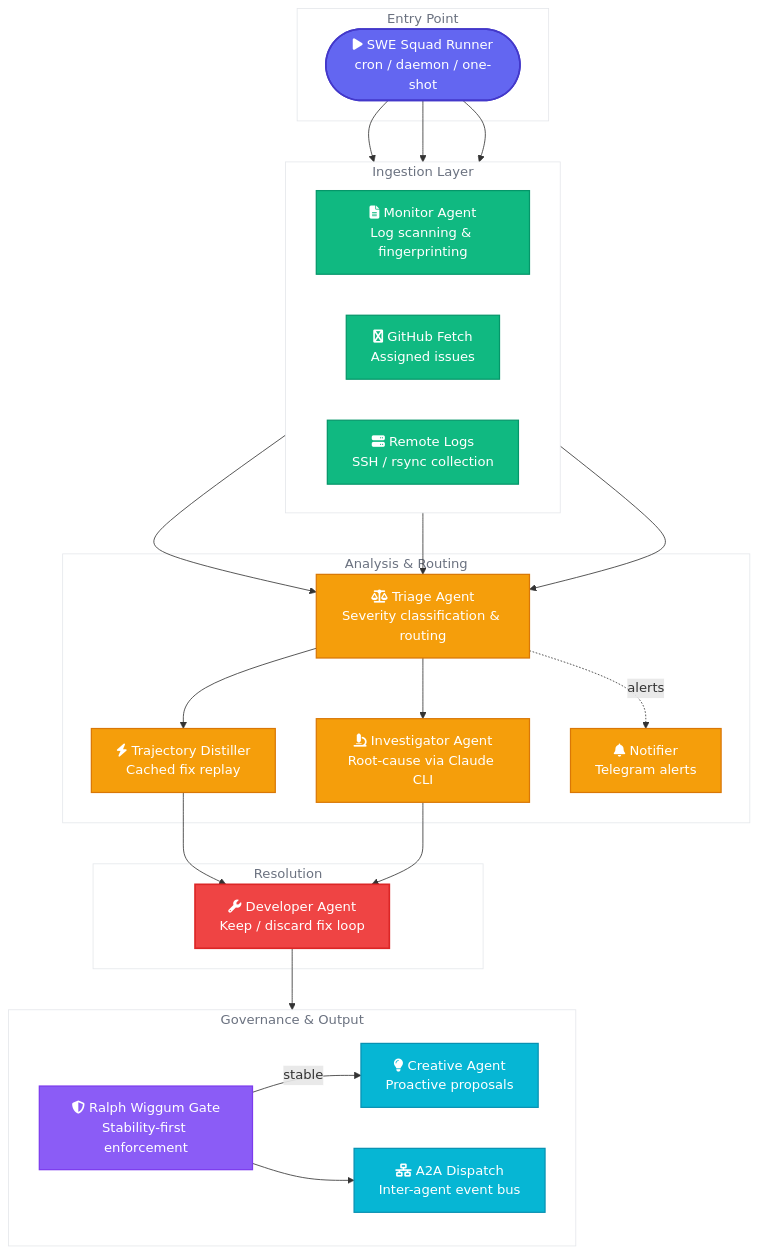
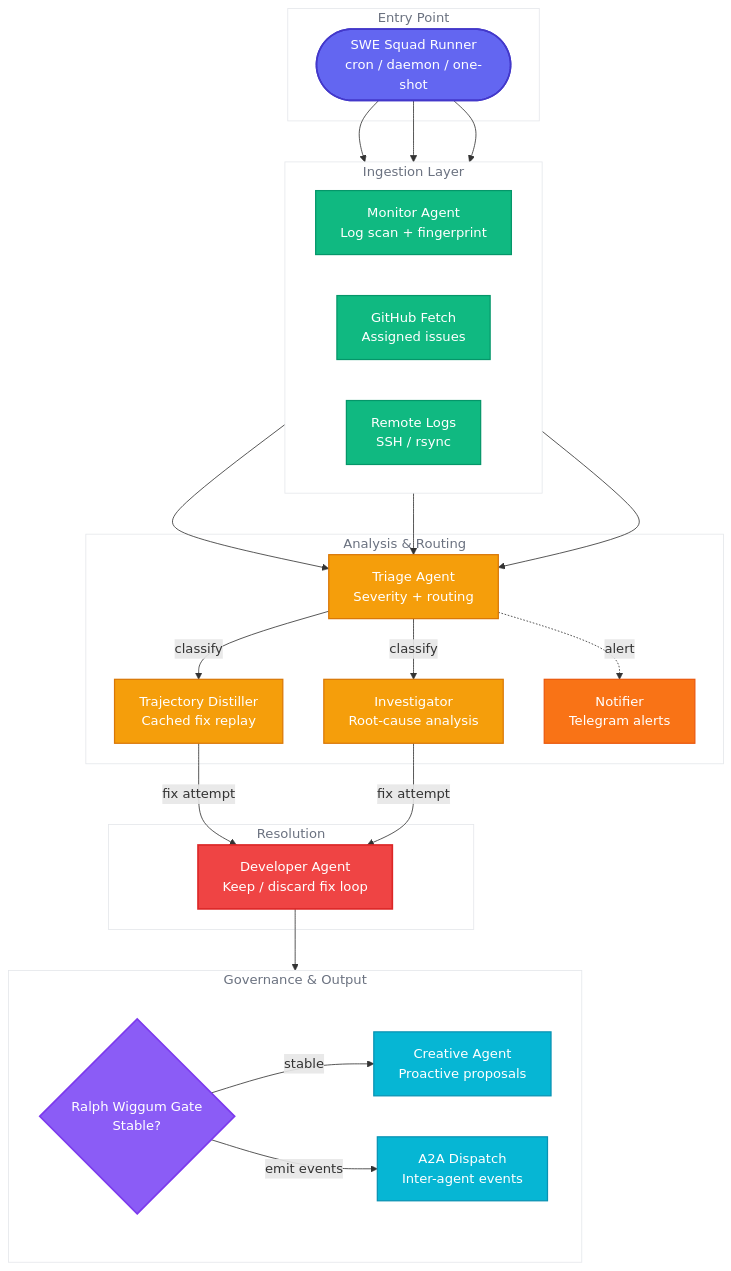
The first of 5 diagrams in README.md (ArtemisAI/SWE-Squad), drawn with Mermaid before and after one commit. The commit also changed other lines of this file and 3 other files, not shown here.

First line of the commit message:
feat(remote-logs): wire full log pipeline — YAML config, on-demand fetch, investigator integration

````diff
--- a/README.md
+++ b/README.md
@@ -57,57 +57,58 @@
 ```mermaid
 flowchart TD
-    subgraph entry ["Entry Point"]
-        Runner(["fa:fa-play SWE Squad Runner\ncron / daemon / one-shot"])
+    subgraph entry [" Entry Point "]
+        Runner(["SWE Squad Runner\ncron / daemon / one-shot"])
     end
 
-    subgraph ingest ["Ingestion Layer"]
+    subgraph ingest [" Ingestion Layer "]
         direction LR
-        Monitor["fa:fa-file-alt Monitor Agent\nLog scanning & fingerprinting"]
-        GitHub["fa:fa-github GitHub Fetch\nAssigned issues"]
-        Remote["fa:fa-server Remote Logs\nSSH / rsync collection"]
+        Monitor["Monitor Agent\nLog scan + fingerprint"]
+        GitHub["GitHub Fetch\nAssigned issues"]
+        Remote["Remote Logs\nSSH / rsync"]
     end
 
-    subgraph analysis ["Analysis & Routing"]
-        Triage["fa:fa-balance-scale Triage Agent\nSeverity classification & routing"]
-        Distiller["fa:fa-bolt Trajectory Distiller\nCached fix replay"]
-        Investigator["fa:fa-microscope Investigator Agent\nRoot-cause via Claude CLI"]
-        Notifier["fa:fa-bell Notifier\nTelegram alerts"]
+    subgraph analysis [" Analysis & Routing "]
+        Triage["Triage Agent\nSeverity + routing"]
+        Distiller["Trajectory Distiller\nCached fix replay"]
+        Investigator["Investigator\nRoot-cause analysis"]
+        Notifier["Notifier\nTelegram alerts"]
     end
 
-    subgraph resolution ["Resolution"]
-        Developer["fa:fa-wrench Developer Agent\nKeep / discard fix loop"]
+    subgraph resolution [" Resolution "]
+        Developer["Developer Agent\nKeep / discard fix loop"]
     end
 
-    subgraph governance ["Governance & Output"]
+    subgraph governance [" Governance & Output "]
         direction LR
-        Ralph["fa:fa-shield-alt Ralph Wiggum Gate\nStability-first enforcement"]
-        Creative["fa:fa-lightbulb Creative Agent\nProactive proposals"]
-        A2A["fa:fa-network-wired A2A Dispatch\nInter-agent event bus"]
+        Ralph{"Ralph Wiggum Gate\nStable?"}
+        Creative["Creative Agent\nProactive proposals"]
+        A2A["A2A Dispatch\nInter-agent events"]
     end
 
     Runner --> Monitor & GitHub & Remote
     Monitor & GitHub & Remote --> Triage
-    Triage --> Distiller & Investigator
-    Triage -.->|alerts| Notifier
-    Distiller & Investigator --> Developer
+    Triage -->|"classify"| Distiller & Investigator
+    Triage -.->|"alert"| Notifier
+    Distiller & Investigator -->|"fix attempt"| Developer
     Developer --> Ralph
     Ralph -->|"stable"| Creative
-    Ralph --> A2A
+    Ralph -->|"emit events"| A2A
 
-    classDef entryNode fill:#6366f1,stroke:#4338ca,color:#fff,stroke-width:2px
+    classDef entryNode fill:#6366f1,stroke:#4338ca,color:#fff,stroke-width:2px,rx:12
     classDef ingestNode fill:#10b981,stroke:#059669,color:#fff,stroke-width:1.5px
     classDef analysisNode fill:#f59e0b,stroke:#d97706,color:#fff,stroke-width:1.5px
     classDef resolveNode fill:#ef4444,stroke:#dc2626,color:#fff,stroke-width:2px
-    classDef gateNode fill:#8b5cf6,stroke:#7c3aed,color:#fff,stroke-width:1.5px
+    classDef gateNode fill:#8b5cf6,stroke:#7c3aed,color:#fff,stroke-width:2px
     classDef outputNode fill:#06b6d4,stroke:#0891b2,color:#fff,stroke-width:1.5px
+    classDef notifyNode fill:#f97316,stroke:#ea580c,color:#fff,stroke-width:1.5px
     classDef subgraphBox fill:transparent,stroke:#e5e7eb,stroke-width:1px,color:#6b7280
 
     class Runner entryNode
     class Monitor,GitHub,Remote ingestNode
     class Triage,Distiller,Investigator analysisNode
-    class Notifier analysisNode
+    class Notifier notifyNode
     class Developer resolveNode
     class Ralph gateNode
     class Creative,A2A outputNode
     class entry,ingest,analysis,resolution,governance subgraphBox
 ```
````
